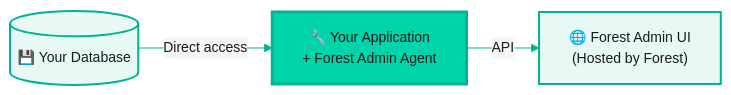
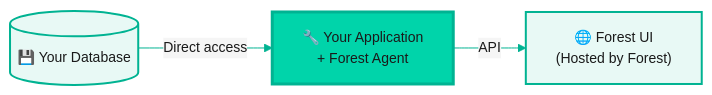
The second of 2 diagrams in get-started/quickstart-self-hosted.mdx (ForestAdmin/docs), drawn with Mermaid before and after one commit. The commit also changed other lines of this file and 156 other files, not shown here.

````diff
--- a/get-started/quickstart-self-hosted.mdx
+++ b/get-started/quickstart-self-hosted.mdx
@@ -67,14 +67,14 @@
 ```mermaid
 %%{init: {'theme':'base', 'themeVariables': { 'primaryColor':'#e8f9f5','primaryTextColor':'#1a1a1a','primaryBorderColor':'#00B392','lineColor':'#00B392','secondaryColor':'#f5f5f5','tertiaryColor':'#ffffff','fontSize':'14px'}}}%%
 graph LR
     DB[("💾 Your Database")]
-    App["🔧 Your Application<br/>+ Forest Admin Agent"]
-    UI["🌐 Forest Admin UI<br/>(Hosted by Forest)"]
+    App["🔧 Your Application<br/>+ Forest Agent"]
+    UI["🌐 Forest UI<br/>(Hosted by Forest)"]
 
     DB -->|Direct access| App
     App -->|API| UI
 
     style DB fill:#e8f9f5,stroke:#00B392,stroke-width:2px
     style App fill:#00D4AA,stroke:#00B392,stroke-width:3px
     style UI fill:#e8f9f5,stroke:#00B392,stroke-width:2px
 ```
````
